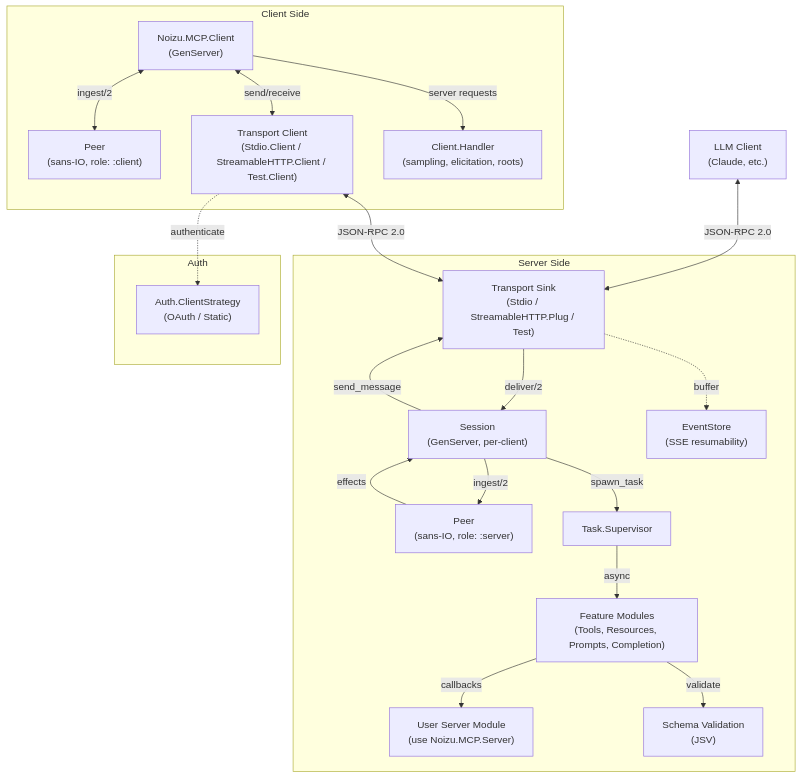
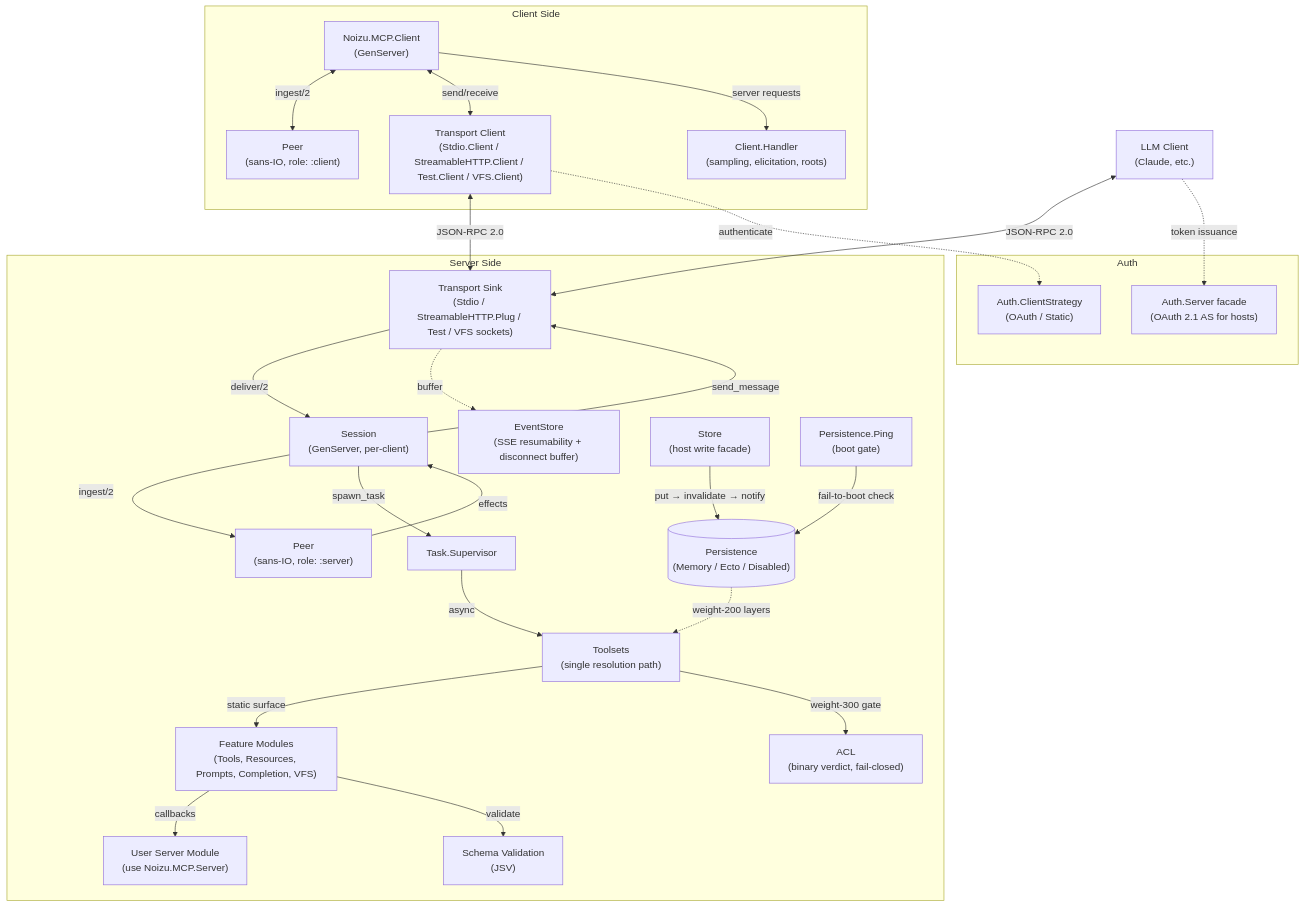
The diagram in docs/PROJ-ARCH.md (noizu-labs-ml/elixir-mcp-lib), drawn with Mermaid before and after one commit. The commit also changed other lines of this file and 17 other files, not shown here.

````diff
--- a/docs/PROJ-ARCH.md
+++ b/docs/PROJ-ARCH.md
@@ -9,43 +11,55 @@
 ```mermaid
 graph TB
     LLM["LLM Client<br/>(Claude, etc.)"]
 
     subgraph "Server Side"
-        STransport["Transport Sink<br/>(Stdio / StreamableHTTP.Plug / Test)"]
+        STransport["Transport Sink<br/>(Stdio / StreamableHTTP.Plug / Test / VFS sockets)"]
         Session["Session<br/>(GenServer, per-client)"]
         SPeer["Peer<br/>(sans-IO, role: :server)"]
-        Features["Feature Modules<br/>(Tools, Resources, Prompts, Completion)"]
+        Toolsets["Toolsets<br/>(single resolution path)"]
+        Acl["ACL<br/>(binary verdict, fail-closed)"]
+        Features["Feature Modules<br/>(Tools, Resources, Prompts, Completion, VFS)"]
         UserServer["User Server Module<br/>(use Noizu.MCP.Server)"]
-        EventStore["EventStore<br/>(SSE resumability)"]
+        EventStore["EventStore<br/>(SSE resumability + disconnect buffer)"]
+        Store["Store<br/>(host write facade)"]
+        Persistence[("Persistence<br/>(Memory / Ecto / Disabled)")]
+        BootGate["Persistence.Ping<br/>(boot gate)"]
         TaskSup["Task.Supervisor"]
         Schema["Schema Validation<br/>(JSV)"]
     end
 
     subgraph "Client Side"
         Client["Noizu.MCP.Client<br/>(GenServer)"]
         CPeer["Peer<br/>(sans-IO, role: :client)"]
-        CTransport["Transport Client<br/>(Stdio.Client / StreamableHTTP.Client / Test.Client)"]
+        CTransport["Transport Client<br/>(Stdio.Client / StreamableHTTP.Client / Test.Client / VFS.Client)"]
         Handler["Client.Handler<br/>(sampling, elicitation, roots)"]
     end
 
     subgraph "Auth"
         AuthStrategy["Auth.ClientStrategy<br/>(OAuth / Static)"]
+        AuthFacade["Auth.Server facade<br/>(OAuth 2.1 AS for hosts)"]
     end
 
     LLM <-->|JSON-RPC 2.0| STransport
+    LLM -.->|token issuance| AuthFacade
     STransport -->|deliver/2| Session
     Session -->|ingest/2| SPeer
     SPeer -->|effects| Session
     Session -->|spawn_task| TaskSup
-    TaskSup -->|async| Features
+    TaskSup -->|async| Toolsets
+    Toolsets -->|static surface| Features
     Features -->|callbacks| UserServer
     Features -->|validate| Schema
+    Toolsets -->|weight-300 gate| Acl
+    Persistence -.->|weight-200 layers| Toolsets
+    Store -->|put → invalidate → notify| Persistence
+    BootGate -->|fail-to-boot check| Persistence
+    STransport -.->|buffer| EventStore
     Session -->|send_message| STransport
-    STransport -.->|buffer| EventStore
 
     Client <-->|ingest/2| CPeer
     Client <-->|send/receive| CTransport
     CTransport <-->|JSON-RPC 2.0| STransport
     Client -->|server requests| Handler
     CTransport -.->|authenticate| AuthStrategy
 ```
````
